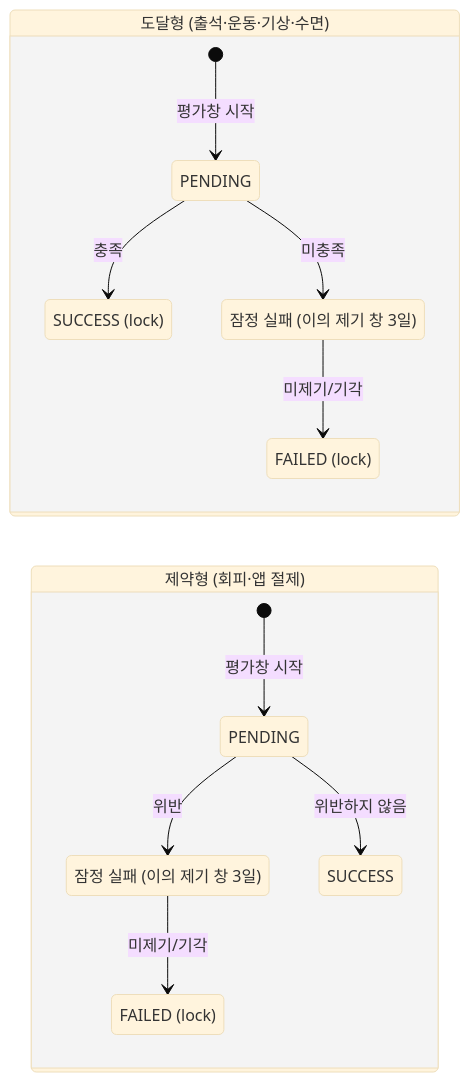
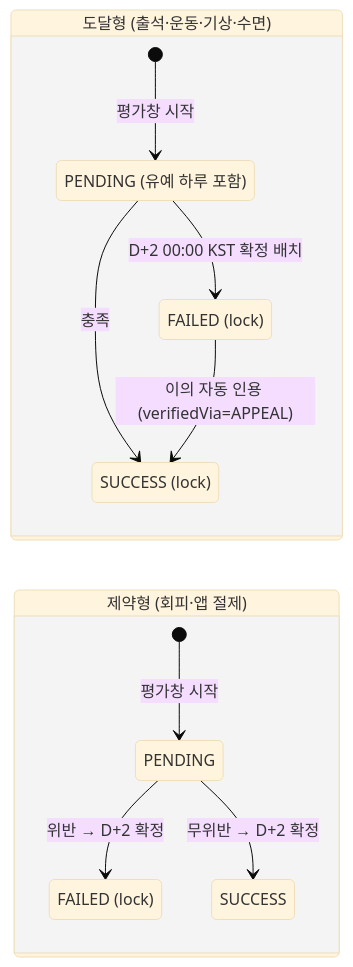
The ninth of 10 diagrams in docs/check/인증구현.md (RuleUp-ASM/Backend), drawn with Mermaid (base theme) before and after one commit. The commit also changed other lines of this file and 7 other files, not shown here.

````diff
--- a/docs/check/인증구현.md
+++ b/docs/check/인증구현.md
@@ -449,24 +455,21 @@
 ```mermaid
 stateDiagram-v2
 direction LR
 state "도달형 (출석·운동·기상·수면)" as Reach {
 [*] --> P1 : 평가창 시작
-P1 : PENDING
+P1 : PENDING (유예 하루 포함)
 P1 --> S1 : 충족
-P1 --> F1 : 미충족
+P1 --> L1 : D+2 00:00 KST 확정 배치
 S1 : SUCCESS (lock)
-F1 : 잠정 실패 (이의 제기 창 3일)
-F1 --> L1 : 미제기/기각
 L1 : FAILED (lock)
+L1 --> S1 : 이의 자동 인용 (verifiedVia=APPEAL)
 }
 state "제약형 (회피·앱 절제)" as Constraint {
 [*] --> P2 : 평가창 시작
 P2 : PENDING
-P2 --> F2 : 위반
-P2 --> S2 : 위반하지 않음
-F2 : 잠정 실패 (이의 제기 창 3일)
-F2 --> L2 : 미제기/기각
+P2 --> L2 : 위반 → D+2 확정
+P2 --> S2 : 무위반 → D+2 확정
 S2 : SUCCESS
 L2 : FAILED (lock)
 }
 ```
````
